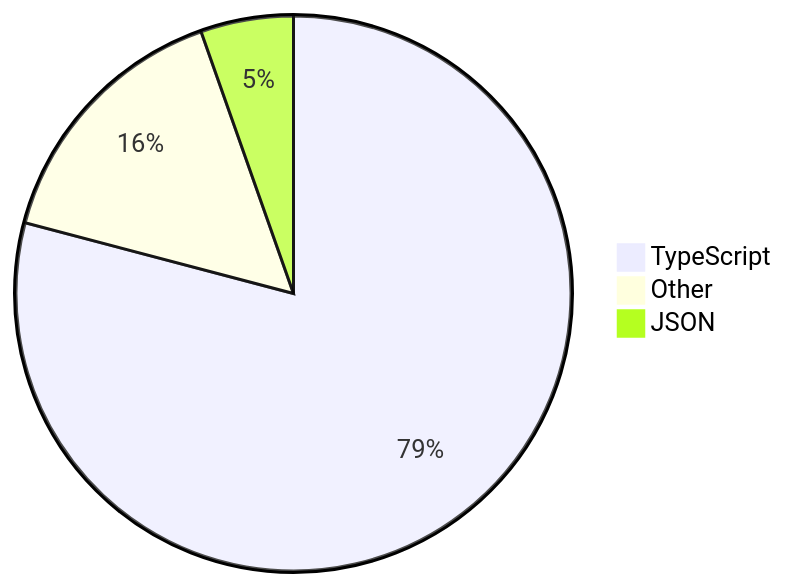
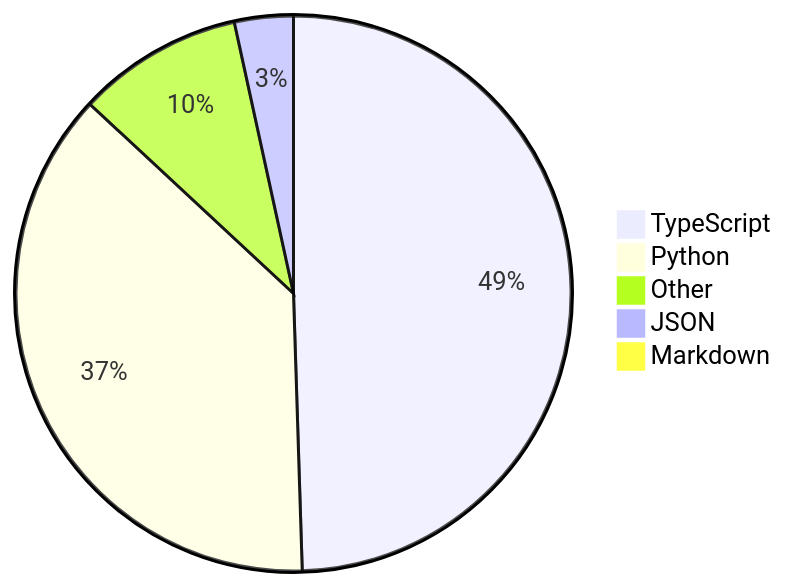
The diagram in README.md (skvggor/skvggor), drawn with Mermaid before and after one commit.

Commit message:
Updated waka-readme graph with new metrics

````diff
--- a/README.md
+++ b/README.md
@@ -28,6 +28,8 @@
 ```mermaid
 pie
-    "TypeScript" : 79.1
-    "Other" : 15.5
-    "JSON" : 5.4
+    "TypeScript" : 49.2
+    "Python" : 37.2
+    "Other" : 9.6
+    "JSON" : 3.4
+    "Markdown" : 0.6
 ```
````
